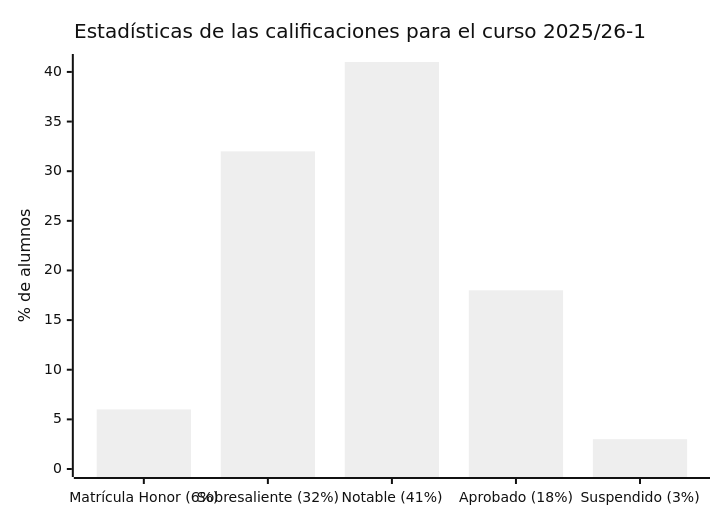
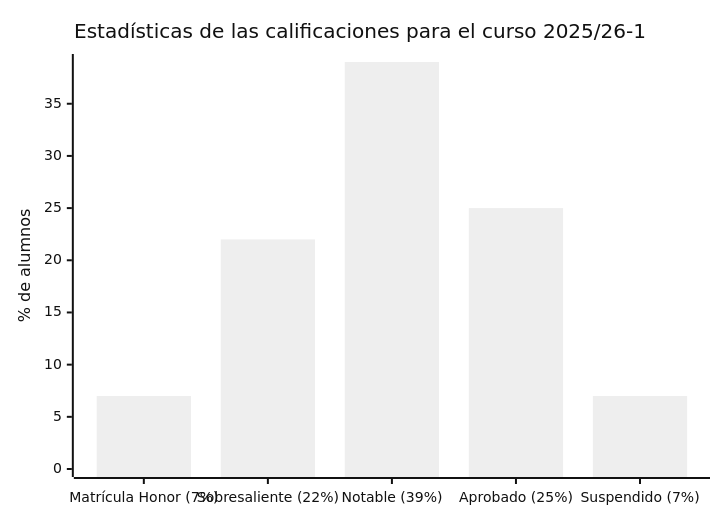
The diagram in algebra/README.md (HenestrosaDev/uoc-ingenieria-informatica), drawn with Mermaid (neutral theme) before and after one commit. The commit also changed other lines of this file, not shown here.

````diff
--- a/algebra/README.md
+++ b/algebra/README.md
@@ -11,7 +12,7 @@
 ```mermaid
 xychart-beta
 		title "Estadísticas de las calificaciones para el curso 2025/26-1"
-		x-axis ["Matrícula Honor (6%)", "Sobresaliente (32%)", "Notable (41%)", "Aprobado (18%)", "Suspendido (3%)"]
-		y-axis "% de alumnos" 0 --> 41
-		bar [6, 32, 41, 18, 3]
+		x-axis ["Matrícula Honor (7%)", "Sobresaliente (22%)", "Notable (39%)", "Aprobado (25%)", "Suspendido (7%)"]
+		y-axis "% de alumnos" 0 --> 39
+		bar [7, 22, 39, 25, 7]
 ```
````
